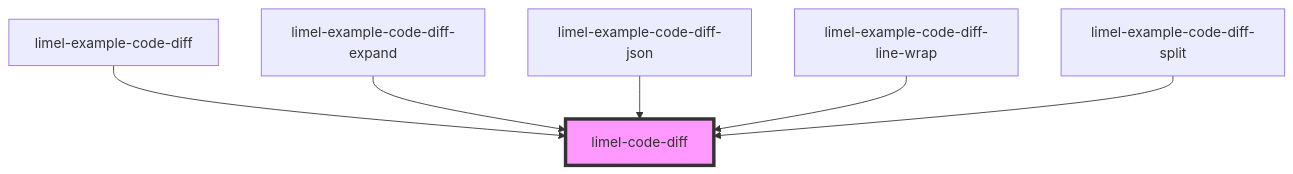
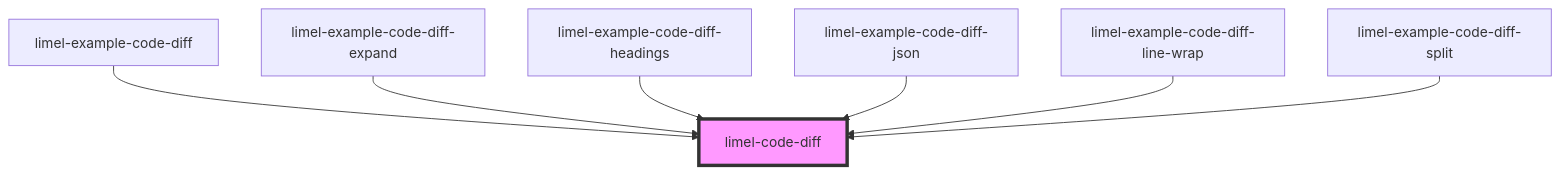
One commit to Lundalogik/lime-elements changed the diagram in versions/PR-3949/markdown-docs/components/code-diff/readme.md. Above: the diagram before and after it, drawn with Mermaid. The commit also changed other lines of this file and 401 other files, not shown here.

````diff
--- a/versions/PR-3949/markdown-docs/components/code-diff/readme.md
+++ b/versions/PR-3949/markdown-docs/components/code-diff/readme.md
@@ -42,9 +43,10 @@
 ```mermaid
 graph TD;
   limel-example-code-diff --> limel-code-diff
   limel-example-code-diff-expand --> limel-code-diff
+  limel-example-code-diff-headings --> limel-code-diff
   limel-example-code-diff-json --> limel-code-diff
   limel-example-code-diff-line-wrap --> limel-code-diff
   limel-example-code-diff-split --> limel-code-diff
   style limel-code-diff fill:#f9f,stroke:#333,stroke-width:4px
 ```
````
